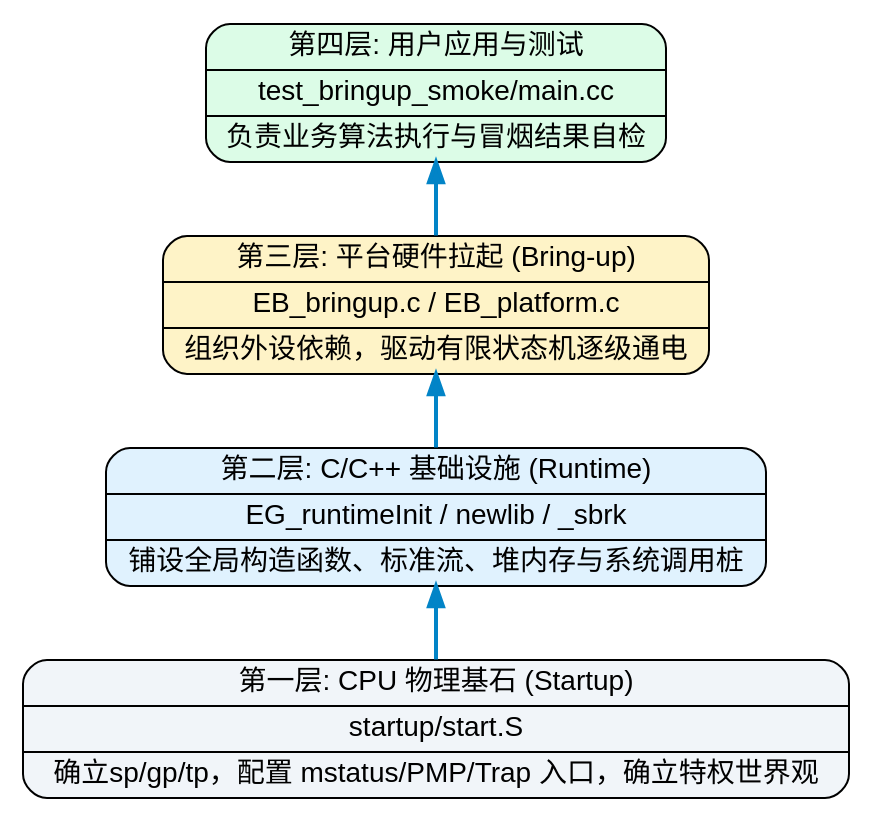
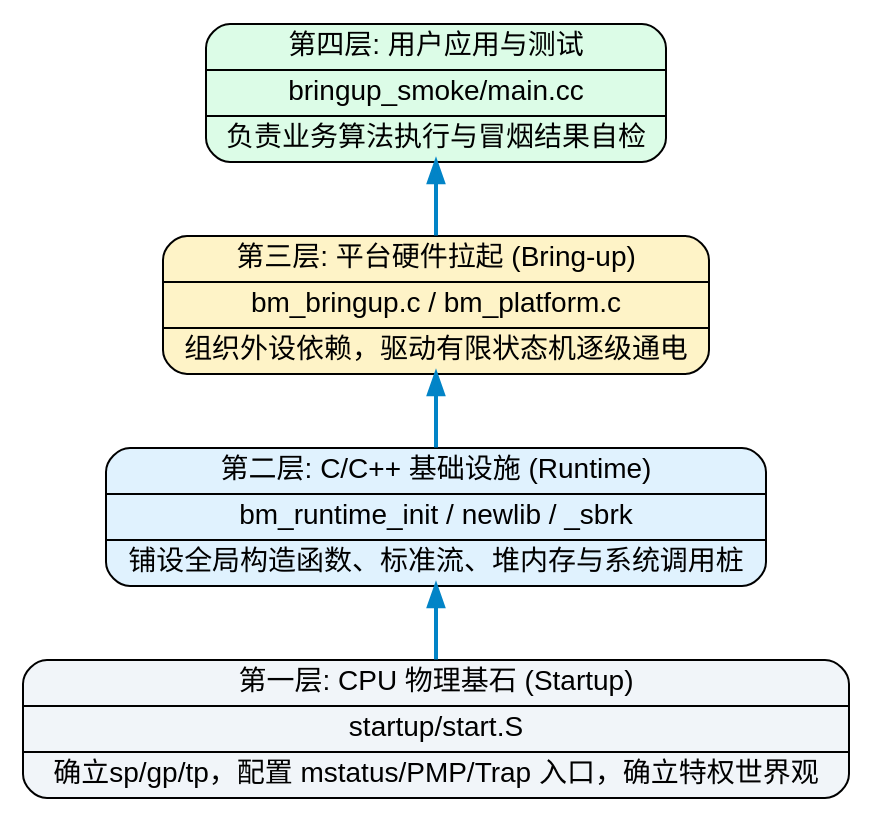
Diagram 13 of 13 in src/content/posts/riscv-baremetal-boot-and-runtime-bringup-guide.md (hqu-little-boy/blog), drawn with Graphviz before and after one commit. The commit also changed other lines of this file and 3 other files, not shown here.

Commit message:
feat(diagrams): support in-place source code toggle and character-level text selection

````diff
--- a/src/content/posts/riscv-baremetal-boot-and-runtime-bringup-guide.md
+++ b/src/content/posts/riscv-baremetal-boot-and-runtime-bringup-guide.md
@@ -765,13 +765,13 @@
 ```graphviz
 digraph contract_pyramid {
     rankdir=BT;
     node [shape=record, fontname="sans-serif", style="filled,rounded", fillcolor="#f8fafc"];
 
-    L4 [label="{ 第四层: 用户应用与测试 | test_bringup_smoke/main.cc | 负责业务算法执行与冒烟结果自检 }", fillcolor="#dcfce7"];
-    L3 [label="{ 第三层: 平台硬件拉起 (Bring-up) | EB_bringup.c / EB_platform.c | 组织外设依赖，驱动有限状态机逐级通电 }", fillcolor="#fef3c7"];
-    L2 [label="{ 第二层: C/C++ 基础设施 (Runtime) | EG_runtimeInit / newlib / _sbrk | 铺设全局构造函数、标准流、堆内存与系统调用桩 }", fillcolor="#e0f2fe"];
+    L4 [label="{ 第四层: 用户应用与测试 | bringup_smoke/main.cc | 负责业务算法执行与冒烟结果自检 }", fillcolor="#dcfce7"];
+    L3 [label="{ 第三层: 平台硬件拉起 (Bring-up) | bm_bringup.c / bm_platform.c | 组织外设依赖，驱动有限状态机逐级通电 }", fillcolor="#fef3c7"];
+    L2 [label="{ 第二层: C/C++ 基础设施 (Runtime) | bm_runtime_init / newlib / _sbrk | 铺设全局构造函数、标准流、堆内存与系统调用桩 }", fillcolor="#e0f2fe"];
     L1 [label="{ 第一层: CPU 物理基石 (Startup) | startup/start.S | 确立 sp/gp/tp，配置 mstatus/PMP/Trap 入口，确立特权世界观 }", fillcolor="#f1f5f9"];
 
     L1 -> L2 -> L3 -> L4 [style=bold, color="#0284c7"];
 }
 ```
````
